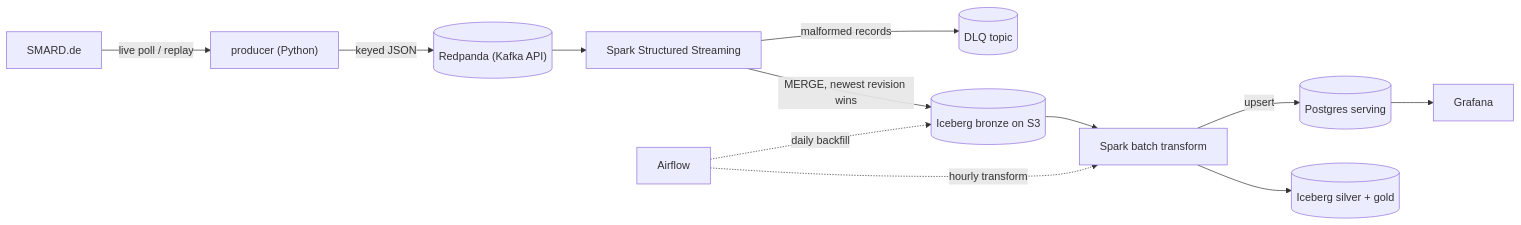
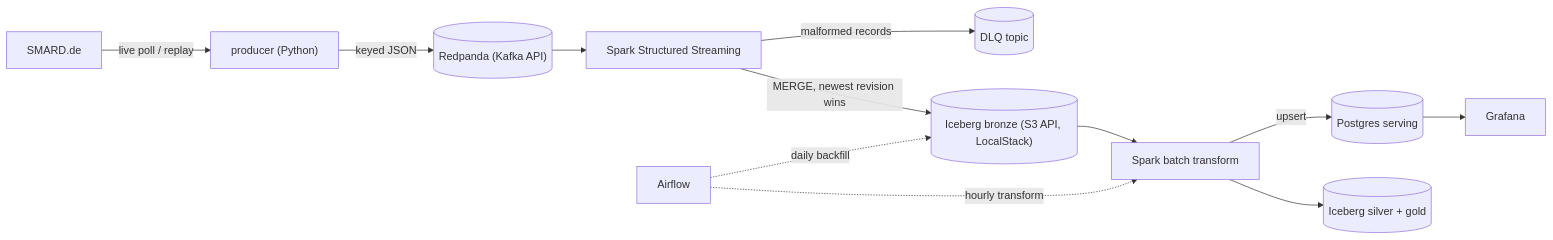
One commit to kaeldrin-gh/de-energy-streaming changed the diagram in README.md. Above: the diagram before and after it, drawn with Mermaid. The commit also changed other lines of this file and 1 other file, not shown here.

````diff
--- a/README.md
+++ b/README.md
@@ -25,14 +28,14 @@
 ```mermaid
 flowchart LR
     SMARD["SMARD.de"] -->|live poll / replay| P["producer (Python)"]
     P -->|keyed JSON| K[("Redpanda (Kafka API)")]
     K --> S["Spark Structured Streaming"]
-    S -->|"MERGE, newest revision wins"| B[("Iceberg bronze on S3")]
+    S -->|"MERGE, newest revision wins"| B[("Iceberg bronze (S3 API, LocalStack)")]
     S -->|malformed records| D[("DLQ topic")]
     B --> T["Spark batch transform"]
     T --> SI[("Iceberg silver + gold")]
     T -->|upsert| PG[("Postgres serving")]
     PG --> G["Grafana"]
     A["Airflow"] -. hourly transform .-> T
     A -. daily backfill .-> B
 ```
````
